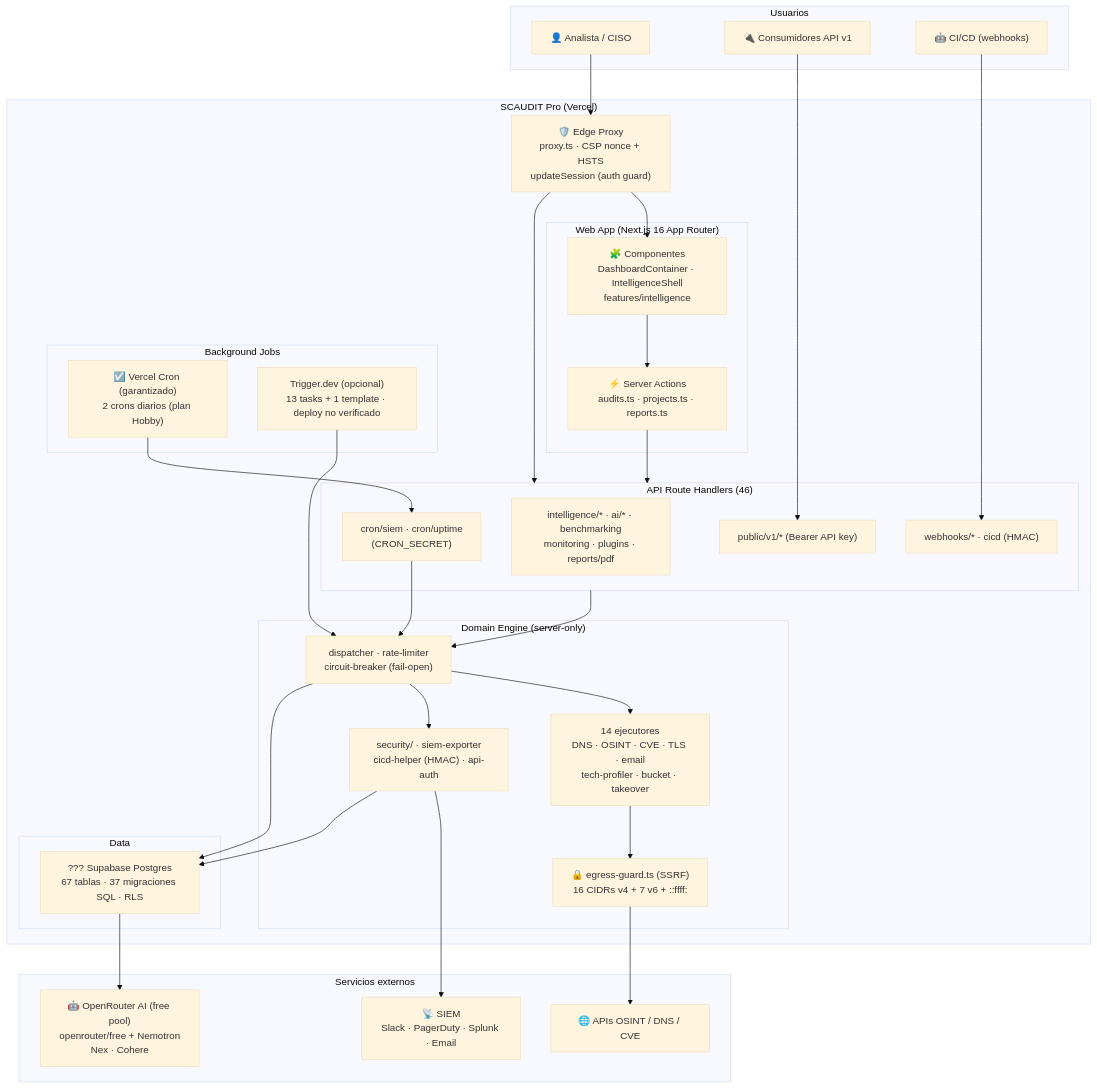
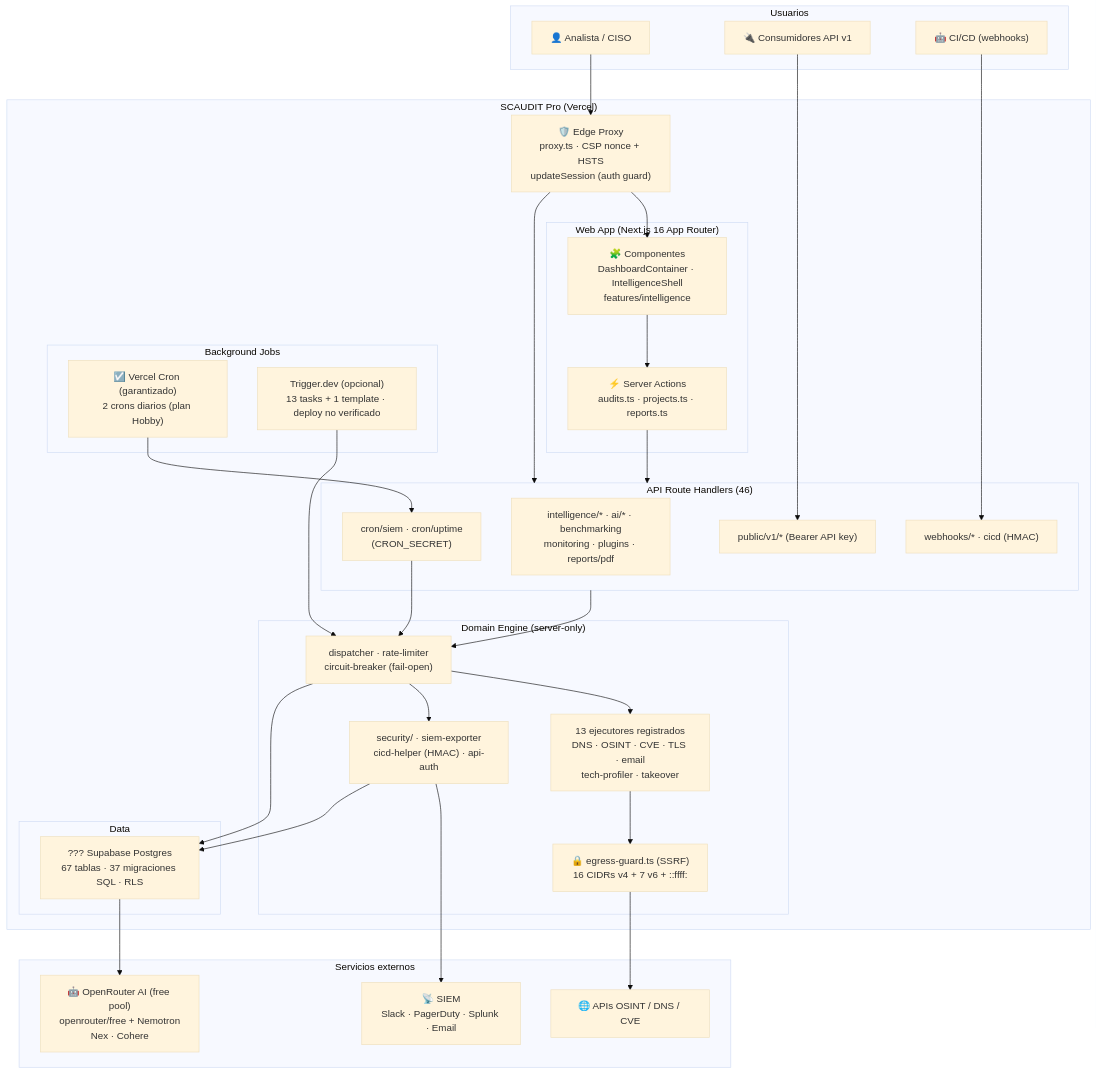
One commit to StrategicConnex/StrategicConnexAudit changed the first of 14 diagrams in README.md. Above: the diagram before and after it, drawn with Mermaid (base theme). The commit also changed 16 other files, not shown here.

````diff
--- a/README.md
+++ b/README.md
@@ -213,66 +213,66 @@
 ```mermaid
 flowchart TB
     subgraph PERSONAS["Usuarios"]
         P1["👤 Analista / CISO"]
         P2["🔌 Consumidores API v1"]
         P3["🤖 CI/CD (webhooks)"]
     end
 
     subgraph SCAUDIT["SCAUDIT Pro (Vercel)"]
         EDGE["🛡️ Edge Proxy<br/>proxy.ts · CSP nonce + HSTS<br/>updateSession (auth guard)"]
 
         subgraph WEB["Web App (Next.js 16 App Router)"]
             UI["🧩 Componentes<br/>DashboardContainer · IntelligenceShell<br/>features/intelligence"]
             ACT["⚡ Server Actions<br/>audits.ts · projects.ts · reports.ts"]
         end
 
         subgraph API["API Route Handlers (46)"]
             API_IT["intelligence/* · ai/* · benchmarking<br/>monitoring · plugins · reports/pdf"]
             API_PUB["public/v1/* (Bearer API key)"]
             API_WEB["webhooks/* · cicd (HMAC)"]
             API_CRON["cron/siem · cron/uptime<br/>(CRON_SECRET)"]
         end
 
         subgraph DOMAIN["Domain Engine (server-only)"]
             CORE["dispatcher · rate-limiter<br/>circuit-breaker (fail-open)"]
-            EXEC["14 ejecutores<br/>DNS · OSINT · CVE · TLS · email<br/>tech-profiler · bucket · takeover"]
+            EXEC["13 ejecutores registrados<br/>DNS · OSINT · CVE · TLS · email<br/>tech-profiler · takeover"]
             EG["🔒 egress-guard.ts (SSRF)<br/>16 CIDRs v4 + 7 v6 + ::ffff:"]
             SEC["security/ · siem-exporter<br/>cicd-helper (HMAC) · api-auth"]
         end
 
         subgraph JOBS["Background Jobs"]
             VC["☑️ Vercel Cron (garantizado)<br/>2 crons diarios (plan Hobby)"]
             TD["Trigger.dev (opcional)<br/>13 tasks + 1 template · deploy no verificado"]
         end
 
         subgraph DATA["Data"]
             DB["??? Supabase Postgres<br/>67 tablas · 37 migraciones SQL · RLS"]
         end
     end
 
     subgraph EXT["Servicios externos"]
         AI["🤖 OpenRouter AI (free pool)<br/>openrouter/free + Nemotron<br/>Nex · Cohere"]
         SIEM["📡 SIEM<br/>Slack · PagerDuty · Splunk · Email"]
         OSINT["🌐 APIs OSINT / DNS / CVE"]
     end
 
     P1 --> EDGE
     P2 --> API_PUB
     P3 --> API_WEB
     EDGE --> UI
     EDGE --> API
     UI --> ACT
     ACT --> API
     API --> CORE
     CORE --> EXEC
     EXEC --> EG
     EG --> OSINT
     CORE --> SEC
     SEC --> SIEM
     VC --> API_CRON
     API_CRON --> CORE
     TD --> CORE
     CORE --> DB
     DB --> AI
     SEC --> DB
 ```
````
